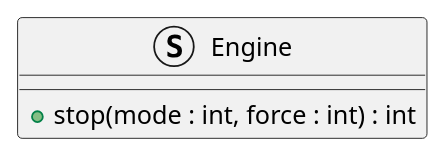
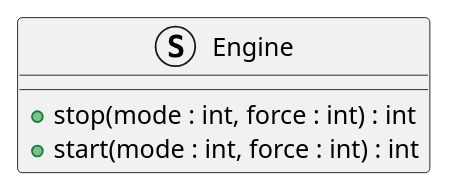
The diagram in validation/core/integration_test/class_design_implementation/negative_method_parameter_count_mismatch/class_diagram.puml (eclipse-score/tooling), drawn with PlantUML before and after one commit. The commit also changed 32 other files, not shown here.

```diff
--- a/validation/core/integration_test/class_design_implementation/negative_method_parameter_count_mismatch/class_diagram.puml
+++ b/validation/core/integration_test/class_design_implementation/negative_method_parameter_count_mismatch/class_diagram.puml
@@ -14,7 +14,8 @@
 @startuml
 
 struct Engine {
     + stop(mode : int, force : int) : int
+    + start(mode : int, force : int) : int
 }
 
 @enduml
```
